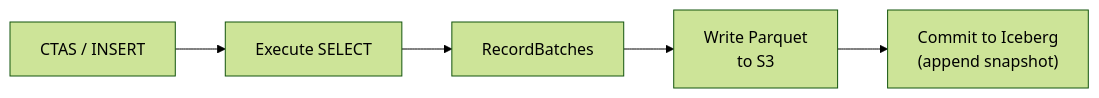
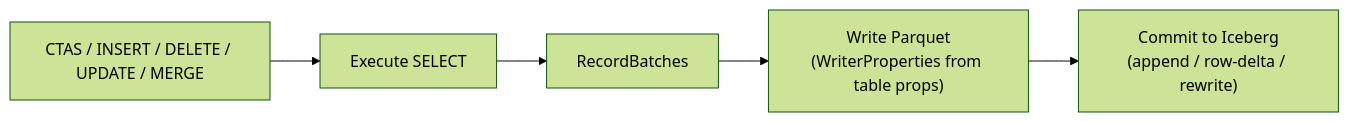
The fourth of 4 diagrams in docs/book/src/features/iceberg.md (schubergphilis/sqe), drawn with Mermaid (forest theme) before and after one commit. The commit also changed other lines of this file and 4 other files, not shown here.

````diff
--- a/docs/book/src/features/iceberg.md
+++ b/docs/book/src/features/iceberg.md
@@ -83,7 +117,7 @@
 ```mermaid
 graph LR
-    SQL["CTAS / INSERT"] --> EXEC["Execute SELECT"]
+    SQL["CTAS / INSERT / DELETE / UPDATE / MERGE"] --> EXEC["Execute SELECT"]
     EXEC --> BATCH["RecordBatches"]
-    BATCH --> PARQUET["Write Parquet<br/>to S3"]
-    PARQUET --> COMMIT["Commit to Iceberg<br/>(append snapshot)"]
+    BATCH --> WRITE["Write Parquet<br/>(WriterProperties from table props)"]
+    WRITE --> COMMIT["Commit to Iceberg<br/>(append / row-delta / rewrite)"]
 ```
````
